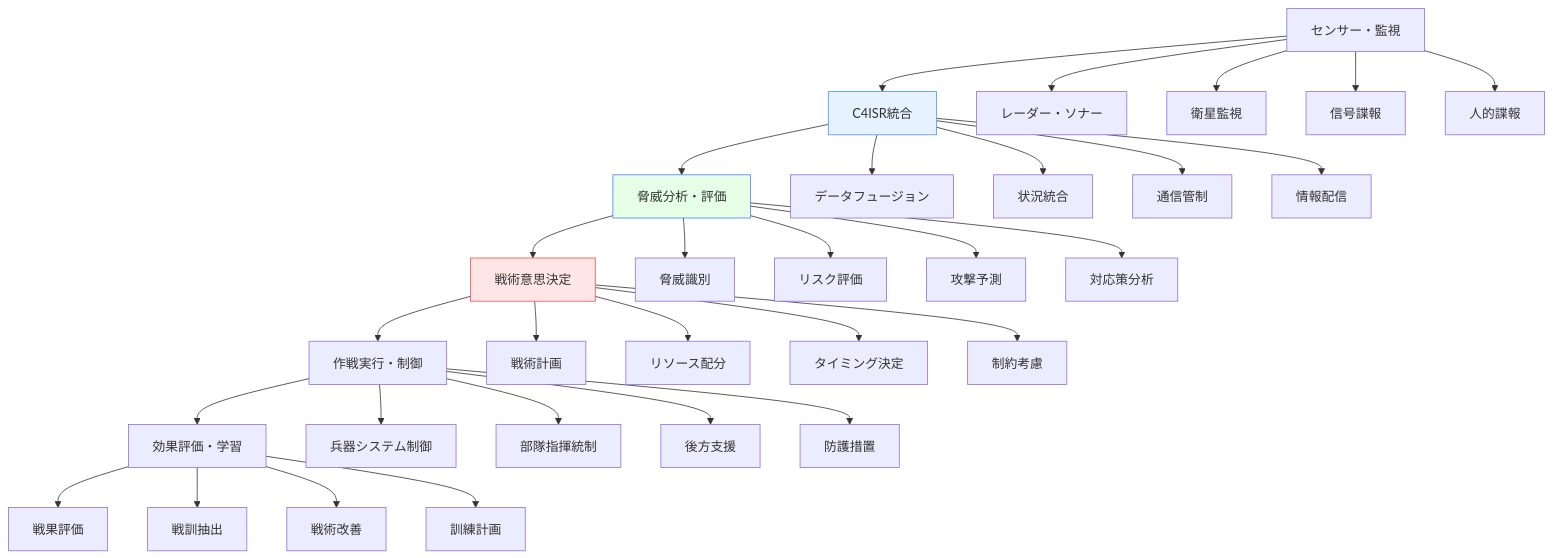
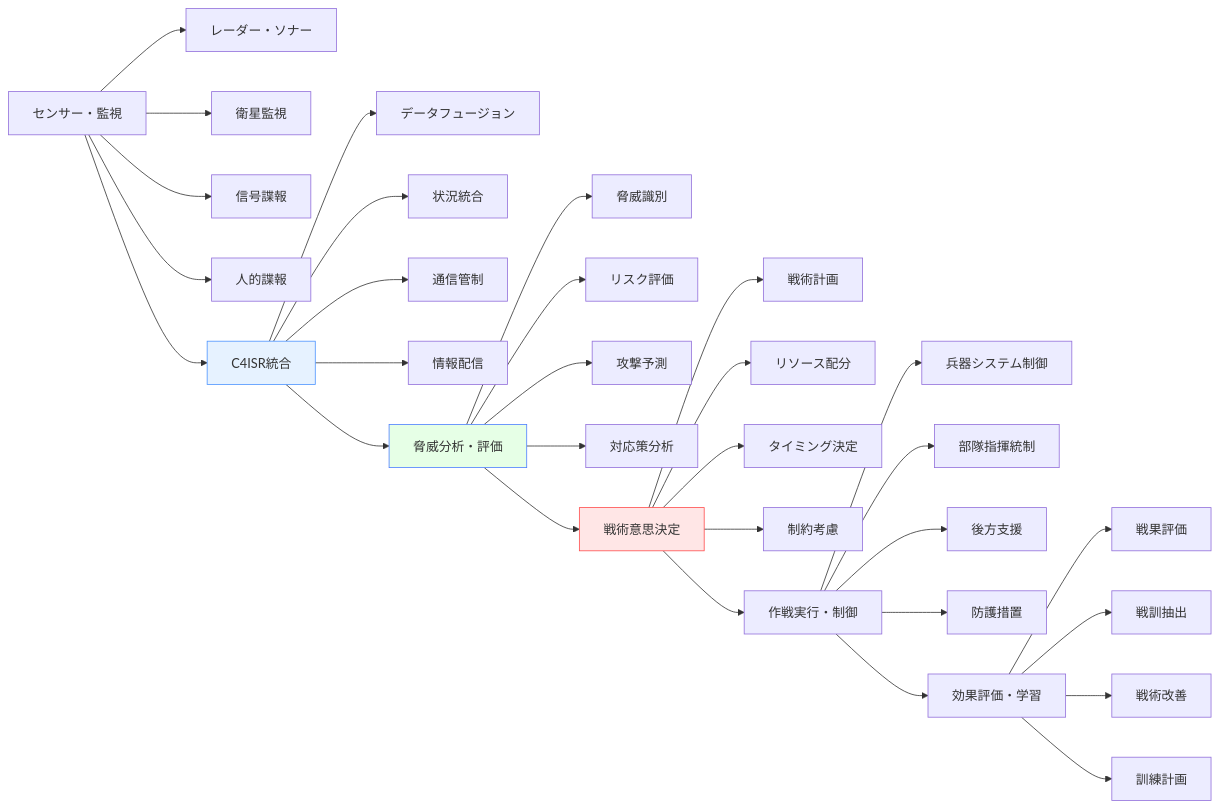
One commit to shuji-bonji/Situational-Awareness-and-Decision-Making changed the first of 2 diagrams in docs/software/military-sa-software.md. Above: the diagram before and after it, drawn with Mermaid. The commit also changed other lines of this file and 51 other files, not shown here.

````diff
--- a/docs/software/military-sa-software.md
+++ b/docs/software/military-sa-software.md
@@ -22,42 +25,44 @@
 ```mermaid
-graph TD
-    A[センサー・監視] --> B[C4ISR統合]
-    B --> C[脅威分析・評価]
-    C --> D[戦術意思決定]
-    D --> E[作戦実行・制御]
-    E --> F[効果評価・学習]
+graph LR
 
     A --> A1[レーダー・ソナー]
     A --> A2[衛星監視]
     A --> A3[信号諜報]
     A --> A4[人的諜報]
 
     B --> B1[データフュージョン]
     B --> B2[状況統合]
     B --> B3[通信管制]
     B --> B4[情報配信]
 
     C --> C1[脅威識別]
     C --> C2[リスク評価]
     C --> C3[攻撃予測]
     C --> C4[対応策分析]
 
     D --> D1[戦術計画]
     D --> D2[リソース配分]
     D --> D3[タイミング決定]
     D --> D4[制約考慮]
 
     E --> E1[兵器システム制御]
     E --> E2[部隊指揮統制]
     E --> E3[後方支援]
     E --> E4[防護措置]
 
     F --> F1[戦果評価]
     F --> F2[戦訓抽出]
     F --> F3[戦術改善]
     F --> F4[訓練計画]
 
+    A[センサー・監視] --> B[C4ISR統合]
+    B --> C[脅威分析・評価]
+    C --> D[戦術意思決定]
+    D --> E[作戦実行・制御]
+    E --> F[効果評価・学習]
+
+
     style B fill:#e6f2ff,stroke:#4d94ff
     style C fill:#e6ffe6,stroke:#4d7fff
     style D fill:#ffe6e6,stroke:#ff4d4d
 ```
````
